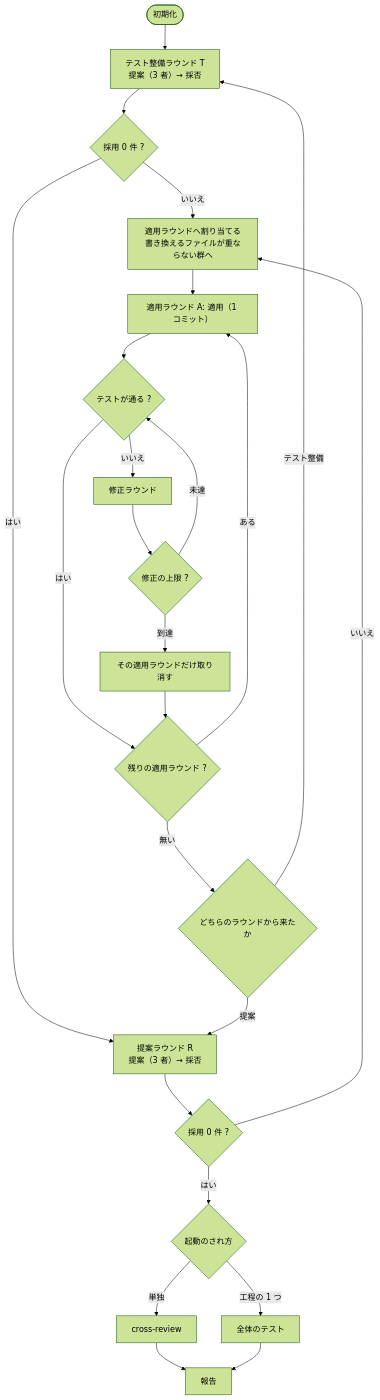
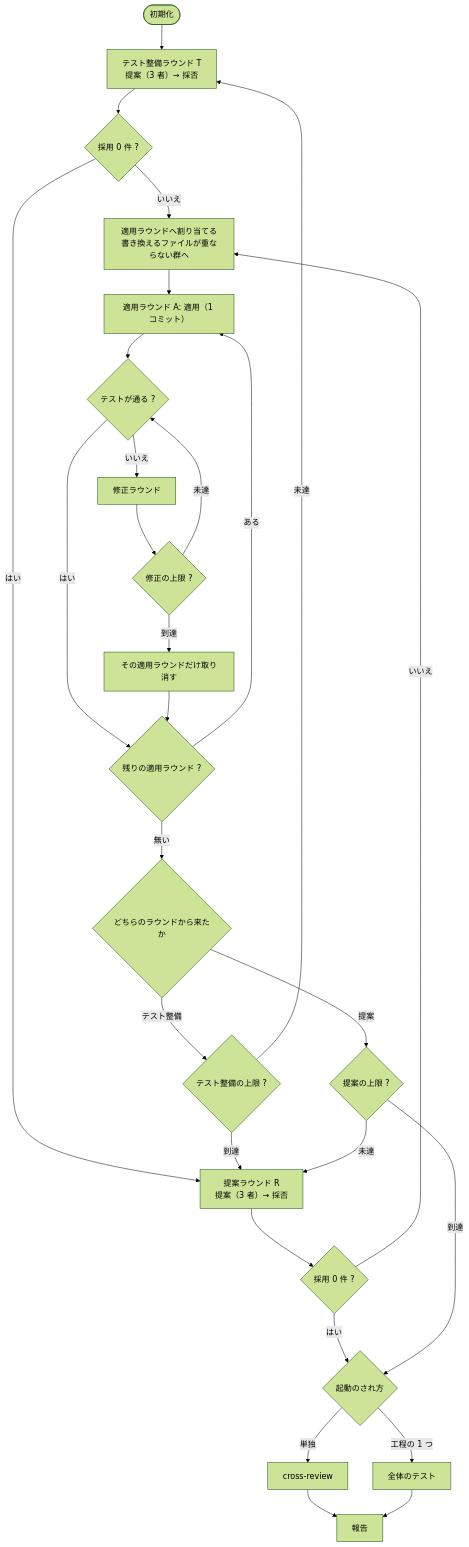
The diagram in issues/issue-436-cross-refactoring-flow/02-design.md (devbasex/ai-plugins), drawn with Mermaid (forest theme) before and after one commit. The commit also changed other lines of this file and 1 other file, not shown here.

````diff
--- a/issues/issue-436-cross-refactoring-flow/02-design.md
+++ b/issues/issue-436-cross-refactoring-flow/02-design.md
@@ -46,26 +46,30 @@
 ```mermaid
 flowchart TD
     Init([初期化]) --> T["テスト整備ラウンド T<br/>提案（3 者）→ 採否"]
     T --> TE{"採用 0 件 ?"}
     TE -->|いいえ| Split
     TE -->|はい| R["提案ラウンド R<br/>提案（3 者）→ 採否"]
     R --> RE{"採用 0 件 ?"}
     RE -->|いいえ| Split
     RE -->|はい| Gate{"起動のされ方"}
     Split["適用ラウンドへ割り当てる<br/>書き換えるファイルが重ならない群へ"] --> Apply["適用ラウンド A: 適用（1 コミット）"]
     Apply --> Test{"テストが通る ?"}
     Test -->|いいえ| Fix["修正ラウンド"]
     Fix --> FixCap{"修正の上限 ?"}
     FixCap -->|未達| Test
     FixCap -->|到達| Drop["その適用ラウンドだけ取り消す"]
     Test -->|はい| NextA{"残りの適用ラウンド ?"}
     Drop --> NextA
     NextA -->|ある| Apply
     NextA -->|無い| Back{"どちらのラウンドから来たか"}
-    Back -->|テスト整備| T
-    Back -->|提案| R
+    Back -->|テスト整備| TCap{"テスト整備の上限 ?"}
+    TCap -->|未達| T
+    TCap -->|到達| R
+    Back -->|提案| RCap{"提案の上限 ?"}
+    RCap -->|未達| R
+    RCap -->|到達| Gate
     Gate -->|単独| CR["cross-review"]
     Gate -->|工程の 1 つ| Skip["全体のテスト"]
     CR --> Report["報告"]
     Skip --> Report
 ```
````
